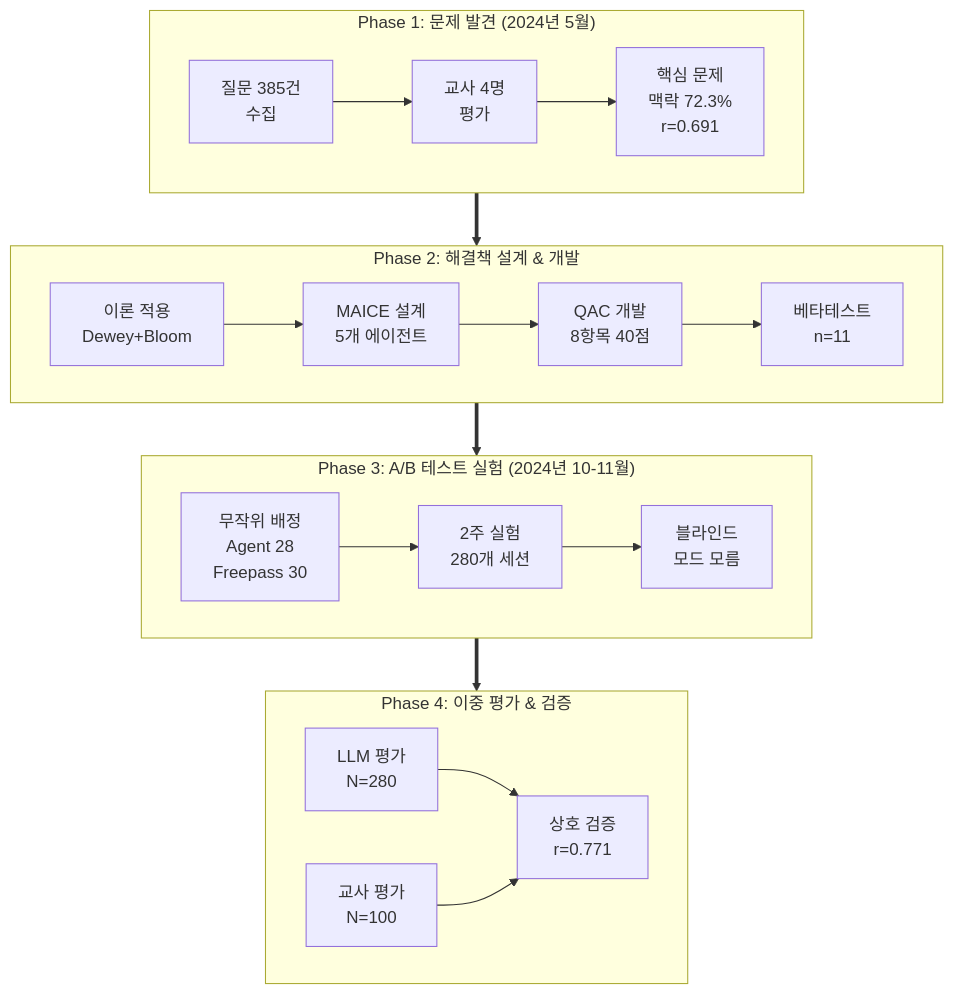
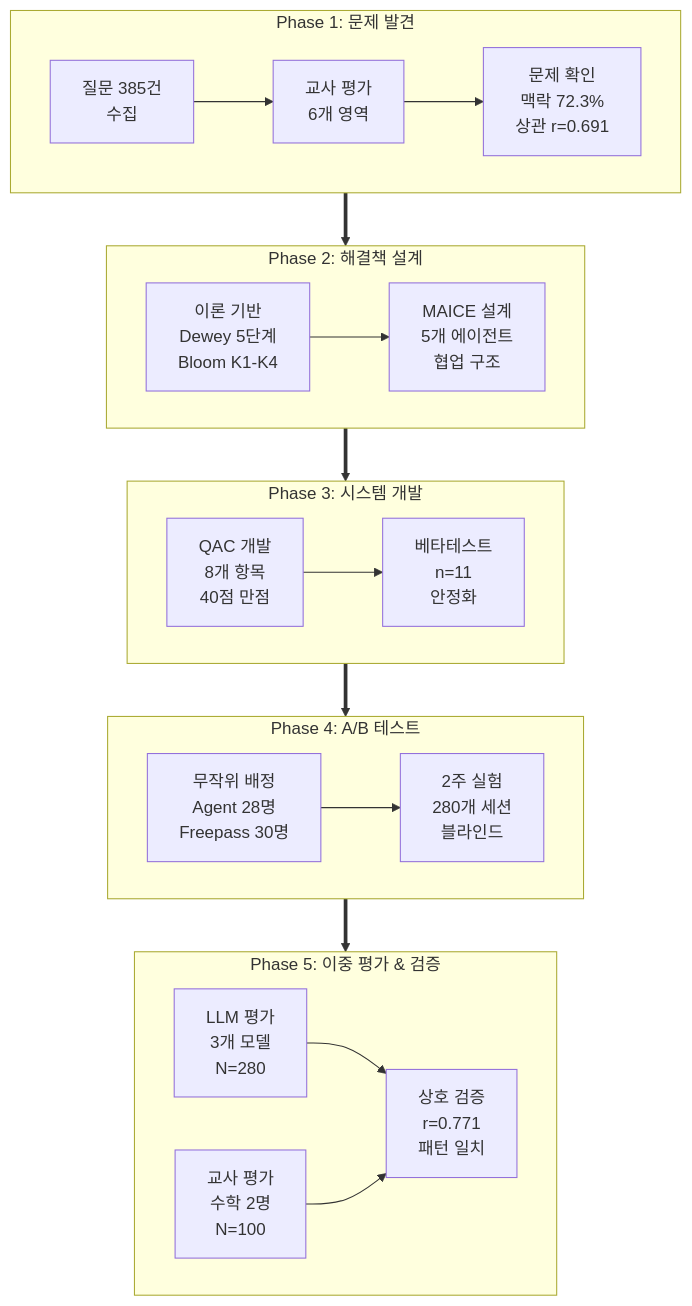
The second of 2 diagrams in docs/chapters/01-introduction.md (KimKyuBong/maice-paper-deploy), drawn with Mermaid before and after one commit. The commit also changed other lines of this file and 1 other file, not shown here.

Commit message:
4장 기술 아키텍처 다이어그램 대폭 개선
- 그림 4-1: 3계층 구조를 좌→우 흐름으로 변경, 데이터 흐름 명시화
- 그림 4-2: 에이전트-Redis-DB 양방향 화살표를 단방향 데이터 흐름으로 변경
- 그림 4-3, 4-4 (상세 시퀀스) 삭제하여 논문 간소화
- 그림 번호 재정렬 및 누락된 다이어그램 8개에 그림 번호 추가
  * 그림 4-9 ~ 4-16: 세부 구현 다이어그램
- 프론트엔드 self-loop 제거 (화면 렌더링)
- 모든 다이어그램을 데이터 흐름 중심으로 정리
- Agent vs Freepass 비교표 유지

````diff
--- a/docs/chapters/01-introduction.md
+++ b/docs/chapters/01-introduction.md
@@ -205,27 +205,30 @@
 ```mermaid
 graph TB
-    subgraph P1["Phase 1: 문제 발견 (2024년 5월)"]
+    subgraph P1["Phase 1: 문제 발견"]
         direction LR
-        A1["질문 385건<br/>수집"] --> A2["교사 4명<br/>평가"] --> A3["핵심 문제<br/>맥락 72.3%<br/>r=0.691"]
+        A1["질문 385건<br/>수집"] --> A2["교사 평가<br/>6개 영역"] --> A3["문제 확인<br/>맥락 72.3%<br/>상관 r=0.691"]
     end
     
-    subgraph P2["Phase 2: 해결책 설계 & 개발"]
+    subgraph P2["Phase 2: 해결책 설계"]
         direction LR
-        B1["이론 적용<br/>Dewey+Bloom"] --> B2["MAICE 설계<br/>5개 에이전트"] --> B3["QAC 개발<br/>8항목 40점"] --> B4["베타테스트<br/>n=11"]
+        B1["이론 기반<br/>Dewey 5단계<br/>Bloom K1-K4"] --> B2["MAICE 설계<br/>5개 에이전트<br/>협업 구조"]
     end
     
-    subgraph P3["Phase 3: A/B 테스트 실험 (2024년 10-11월)"]
+    subgraph P3["Phase 3: 시스템 개발"]
         direction LR
-        C1["무작위 배정<br/>Agent 28<br/>Freepass 30"] --> C2["2주 실험<br/>280개 세션"] --> C3["블라인드<br/>모드 모름"]
+        C1["QAC 개발<br/>8개 항목<br/>40점 만점"] --> C2["베타테스트<br/>n=11<br/>안정화"]
     end
     
-    subgraph P4["Phase 4: 이중 평가 & 검증"]
+    subgraph P4["Phase 4: A/B 테스트"]
         direction LR
-        D1["LLM 평가<br/>N=280"] --> D3["상호 검증<br/>r=0.771"]
-        D2["교사 평가<br/>N=100"] --> D3
+        D1["무작위 배정<br/>Agent 28명<br/>Freepass 30명"] --> D2["2주 실험<br/>280개 세션<br/>블라인드"]
     end
     
-    P1 ==> P2
-    P2 ==> P3
-    P3 ==> P4
+    subgraph P5["Phase 5: 이중 평가 & 검증"]
+        direction LR
+        E1["LLM 평가<br/>3개 모델<br/>N=280"] --> E3["상호 검증<br/>r=0.771<br/>패턴 일치"]
+        E2["교사 평가<br/>수학 2명<br/>N=100"] --> E3
+    end
+    
+    P1 ==> P2 ==> P3 ==> P4 ==> P5
 ```
````
